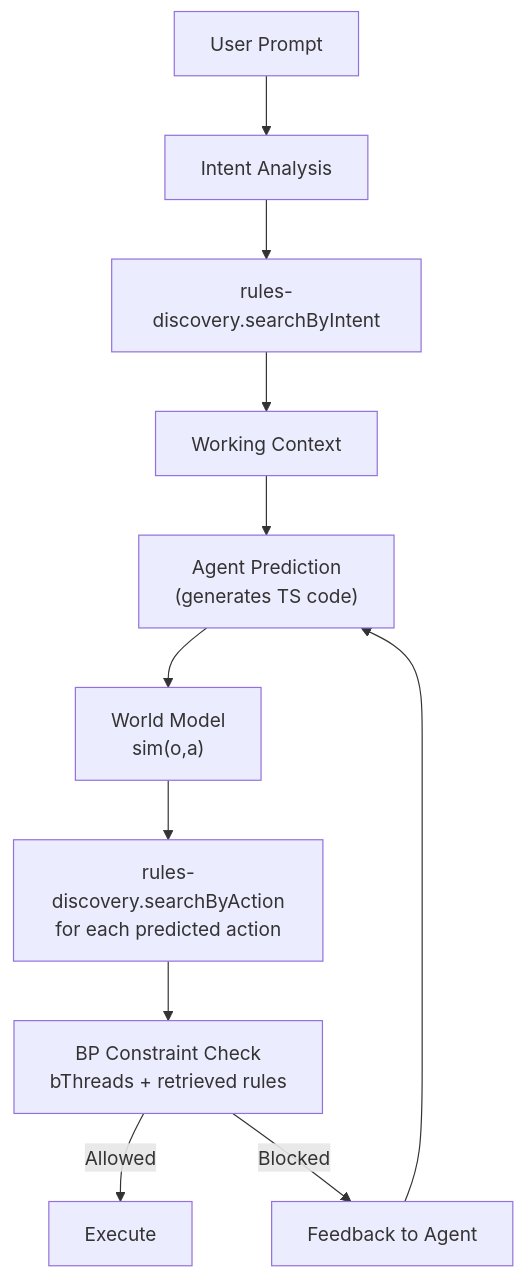
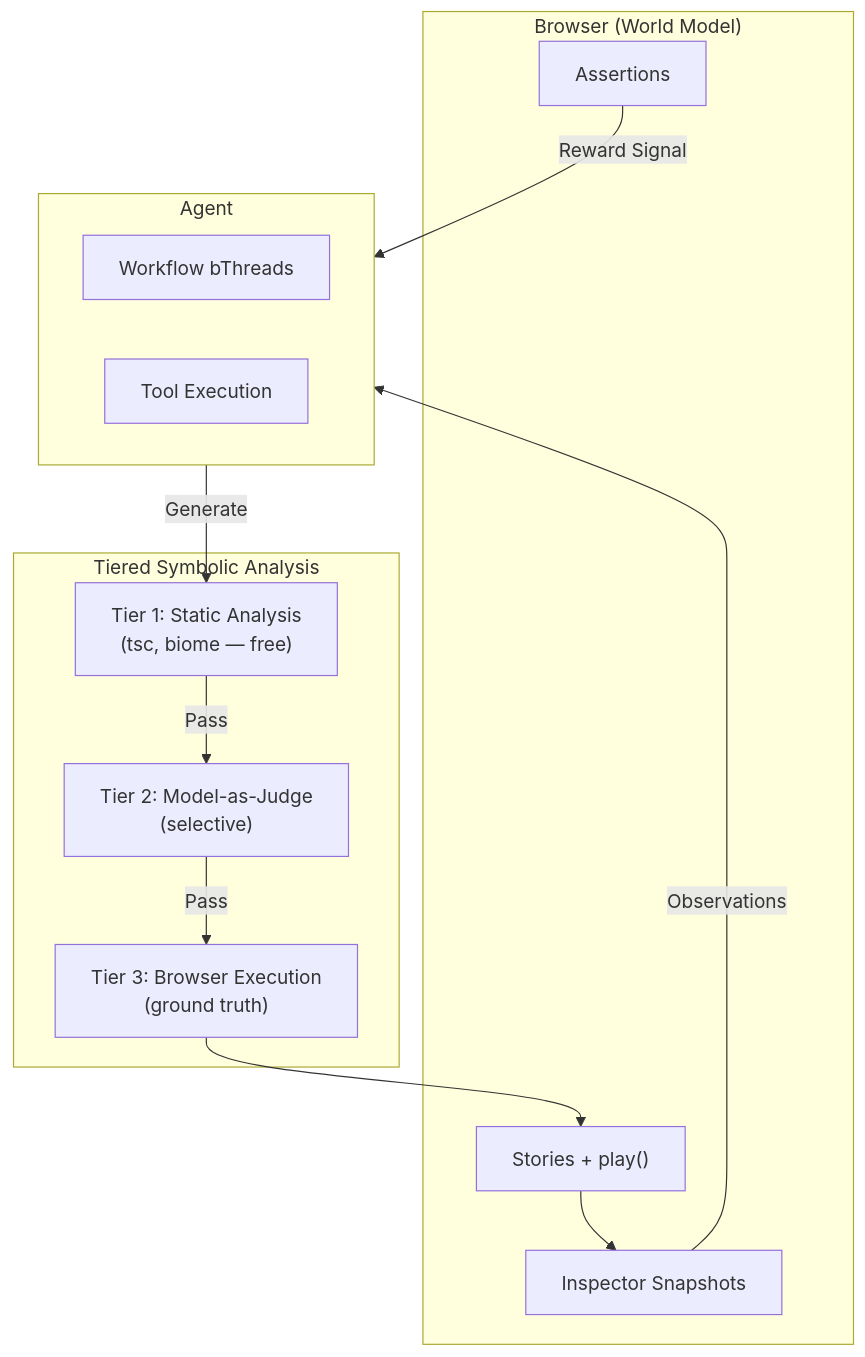
Before and after one commit to plaited/plaited: the ninth of 12 diagrams in PLAITED-AGENT-PLAN.md, drawn with Mermaid. The commit also changed other lines of this file and 1 other file, not shown here.

First line of the commit message:
docs(agent): update plan to V8 — generative UI client + modnet architecture

````diff
--- a/PLAITED-AGENT-PLAN.md
+++ b/PLAITED-AGENT-PLAN.md
@@ -514,16 +539,27 @@
 ```mermaid
 flowchart TB
-    Prompt["User Prompt"] --> Intent["Intent Analysis"]
-    Intent --> Search1["rules-discovery.searchByIntent"]
-    Search1 --> Context["Working Context"]
+    subgraph Browser["Browser (World Model)"]
+        Stories["Stories + play()"]
+        Inspector["Inspector Snapshots"]
+        Assertions["Assertions"]
+    end
 
-    Context --> Prediction["Agent Prediction<br/>(generates TS code)"]
-    Prediction --> WorldModel["World Model<br/>sim(o,a)"]
+    subgraph Symbolic["Tiered Symbolic Analysis"]
+        Static["Tier 1: Static Analysis<br/>(tsc, biome — free)"]
+        Judge["Tier 2: Model-as-Judge<br/>(selective)"]
+        BrowserExec["Tier 3: Browser Execution<br/>(ground truth)"]
+    end
 
-    WorldModel --> Search2["rules-discovery.searchByAction<br/>for each predicted action"]
-    Search2 --> BP["BP Constraint Check<br/>bThreads + retrieved rules"]
+    subgraph Agent["Agent"]
+        Workflow["Workflow bThreads"]
+        Tools["Tool Execution"]
+    end
 
-    BP -->|Allowed| Execute["Execute"]
-    BP -->|Blocked| Feedback["Feedback to Agent"]
-    Feedback --> Prediction
+    Agent -->|"Generate"| Static
+    Static -->|"Pass"| Judge
+    Judge -->|"Pass"| BrowserExec
+    BrowserExec --> Stories
+    Stories --> Inspector
+    Inspector -->|"Observations"| Agent
+    Assertions -->|"Reward Signal"| Agent
 ```
````
